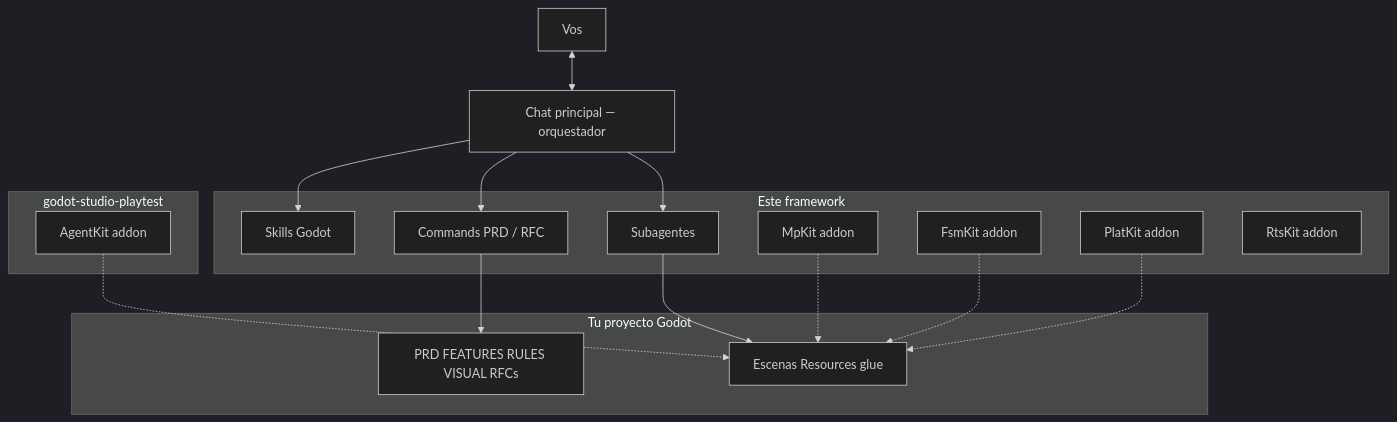
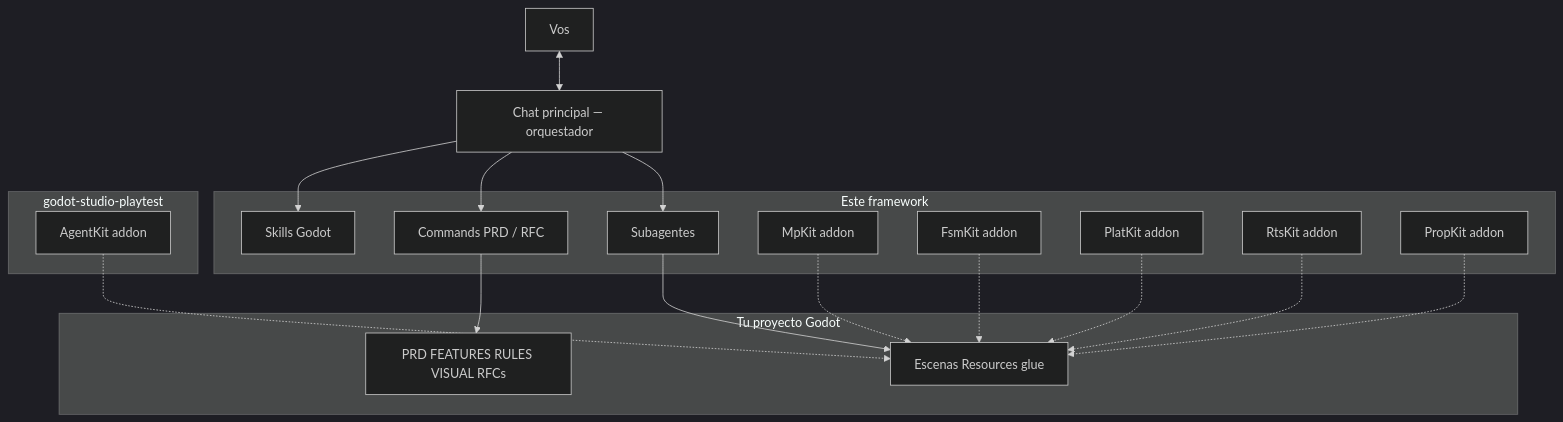
The first of 4 diagrams in docs/architecture.md (Joelnicolass/godot-studio-skills), drawn with Mermaid (dark theme) before and after one commit. The commit also changed 98 other files, not shown here.

````diff
--- a/docs/architecture.md
+++ b/docs/architecture.md
@@ -9,36 +9,39 @@
 ```mermaid
 flowchart TB
   you[Vos]
   orch[Chat principal — orquestador]
 
   you <--> orch
 
   subgraph kit [Este framework]
     skills[Skills Godot]
     cmds[Commands PRD / RFC]
     agents[Subagentes]
     mpkit[MpKit addon]
     fsmkit[FsmKit addon]
     platkit[PlatKit addon]
     rtskit[RtsKit addon]
+    propkit[PropKit addon]
   end
 
   subgraph playtest [godot-studio-playtest]
     agentkit[AgentKit addon]
   end
 
   subgraph game [Tu proyecto Godot]
     arts[PRD FEATURES RULES VISUAL RFCs]
     code[Escenas Resources glue]
   end
 
   orch --> skills
   orch --> cmds
   cmds --> arts
   orch --> agents
   agents --> code
   mpkit -.-> code
   agentkit -.-> code
   fsmkit -.-> code
   platkit -.-> code
+  rtskit -.-> code
+  propkit -.-> code
 ```
````
